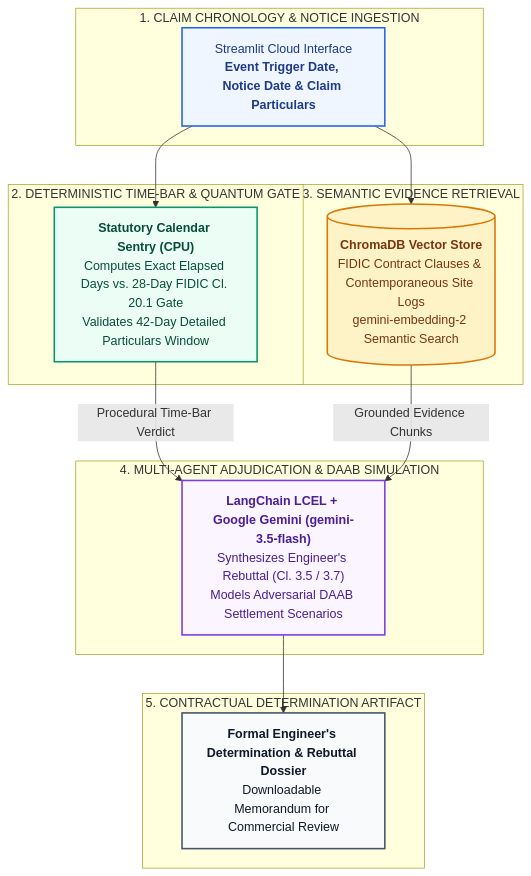
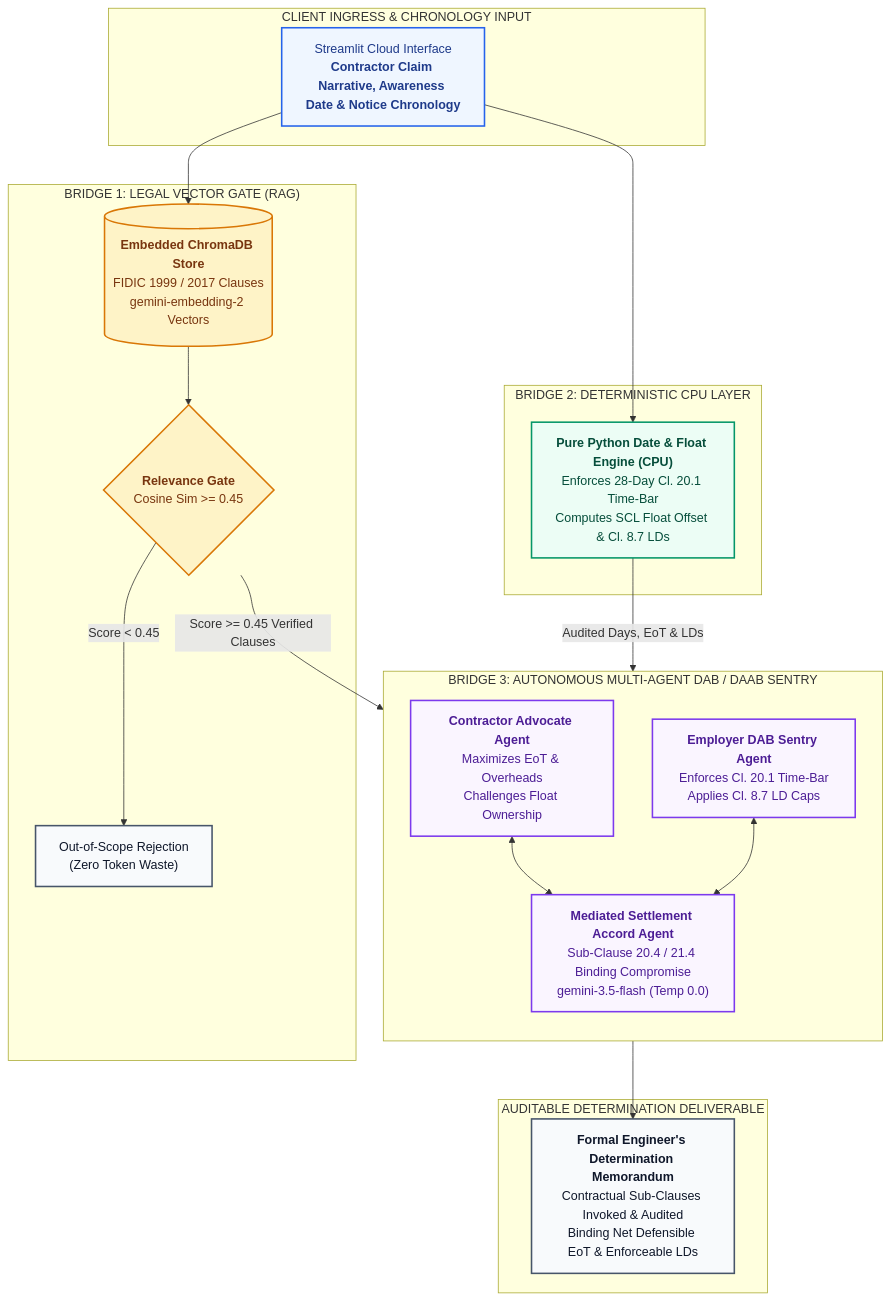
Before and after one commit to ROHITG41/agentic-fidic-claims-engine: the diagram in README.md, drawn with Mermaid. The commit also changed other lines of this file, not shown here.

````diff
--- a/README.md
+++ b/README.md
@@ -25,34 +32,43 @@
 ```mermaid
 flowchart TD
     classDef client fill:#EFF6FF,stroke:#2563EB,stroke-width:2px,color:#1E3A8A;
+    classDef memory fill:#FEF3C7,stroke:#D97706,stroke-width:2px,color:#78350F;
     classDef deterministic fill:#ECFDF5,stroke:#059669,stroke-width:2px,color:#064E3B;
-    classDef memory fill:#FEF3C7,stroke:#D97706,stroke-width:2px,color:#78350F;
     classDef logic fill:#FAF5FF,stroke:#7C3AED,stroke-width:2px,color:#4C1D95;
     classDef output fill:#F8FAFC,stroke:#475569,stroke-width:2px,color:#0F172A;
 
-    subgraph INGRESS ["1. CLAIM CHRONOLOGY & NOTICE INGESTION"]
-        UI["Streamlit Cloud Interface<br/><b>Event Trigger Date, Notice Date & Claim Particulars</b>"]:::client
+    subgraph INGRESS ["CLIENT INGRESS & CHRONOLOGY INPUT"]
+        UI["Streamlit Cloud Interface<br/><b>Contractor Claim Narrative, Awareness Date & Notice Chronology</b>"]:::client
     end
 
-    subgraph CPU_GATE ["2. DETERMINISTIC TIME-BAR & QUANTUM GATE"]
-        CAL["<b>Statutory Calendar Sentry (CPU)</b><br/>Computes Exact Elapsed Days vs. 28-Day FIDIC Cl. 20.1 Gate<br/>Validates 42-Day Detailed Particulars Window"]:::deterministic
+    subgraph BRIDGE1 ["BRIDGE 1: LEGAL VECTOR GATE (RAG)"]
+        CHROMA[("<b>Embedded ChromaDB Store</b><br/>FIDIC 1999 / 2017 Clauses<br/>gemini-embedding-2 Vectors")]:::memory
+        GATE{"<b>Relevance Gate</b><br/>Cosine Sim >= 0.45"}:::memory
+        REJECT["Out-of-Scope Rejection<br/>(Zero Token Waste)"]:::output
+        CHROMA --> GATE
+        GATE -->|Score < 0.45| REJECT
     end
 
-    subgraph RAG_STORE ["3. SEMANTIC EVIDENCE RETRIEVAL"]
-        CHROMA[("<b>ChromaDB Vector Store</b><br/>FIDIC Contract Clauses & Contemporaneous Site Logs<br/>gemini-embedding-2 Semantic Search")]:::memory
+    subgraph BRIDGE2 ["BRIDGE 2: DETERMINISTIC CPU LAYER"]
+        CPU["<b>Pure Python Date & Float Engine (CPU)</b><br/>Enforces 28-Day Cl. 20.1 Time-Bar<br/>Computes SCL Float Offset & Cl. 8.7 LDs"]:::deterministic
     end
 
-    subgraph COGNITIVE ["4. MULTI-AGENT ADJUDICATION & DAAB SIMULATION"]
-        LLM["<b>LangChain LCEL + Google Gemini (gemini-3.5-flash)</b><br/>Synthesizes Engineer's Rebuttal (Cl. 3.5 / 3.7)<br/>Models Adversarial DAAB Settlement Scenarios"]:::logic
+    subgraph BRIDGE3 ["BRIDGE 3: AUTONOMOUS MULTI-AGENT DAB / DAAB SENTRY"]
+        direction TB
+        C_AGENT["<b>Contractor Advocate Agent</b><br/>Maximizes EoT & Overheads<br/>Challenges Float Ownership"]:::logic
+        E_AGENT["<b>Employer DAB Sentry Agent</b><br/>Enforces Cl. 20.1 Time-Bar<br/>Applies Cl. 8.7 LD Caps"]:::logic
+        ACCORD["<b>Mediated Settlement Accord Agent</b><br/>Sub-Clause 20.4 / 21.4 Binding Compromise<br/>gemini-3.5-flash (Temp 0.0)"]:::logic
+        C_AGENT <--> ACCORD
+        E_AGENT <--> ACCORD
     end
 
-    subgraph DELIVERABLE ["5. CONTRACTUAL DETERMINATION ARTIFACT"]
-        MEMO["<b>Formal Engineer's Determination & Rebuttal Dossier</b><br/>Downloadable Memorandum for Commercial Review"]:::output
+    subgraph DELIVERABLE ["AUDITABLE DETERMINATION DELIVERABLE"]
+        MEMO["<b>Formal Engineer's Determination Memorandum</b><br/>Contractual Sub-Clauses Invoked & Audited<br/>Binding Net Defensible EoT & Enforceable LDs"]:::output
     end
 
-    UI --> CAL
     UI --> CHROMA
-    CAL -->|Procedural Time-Bar Verdict| LLM
-    CHROMA -->|Grounded Evidence Chunks| LLM
-    LLM --> MEMO
+    UI --> CPU
+    GATE -->|Score >= 0.45 Verified Clauses| ACCORD
+    CPU -->|Audited Days, EoT & LDs| ACCORD
+    ACCORD --> MEMO
 ```
````
